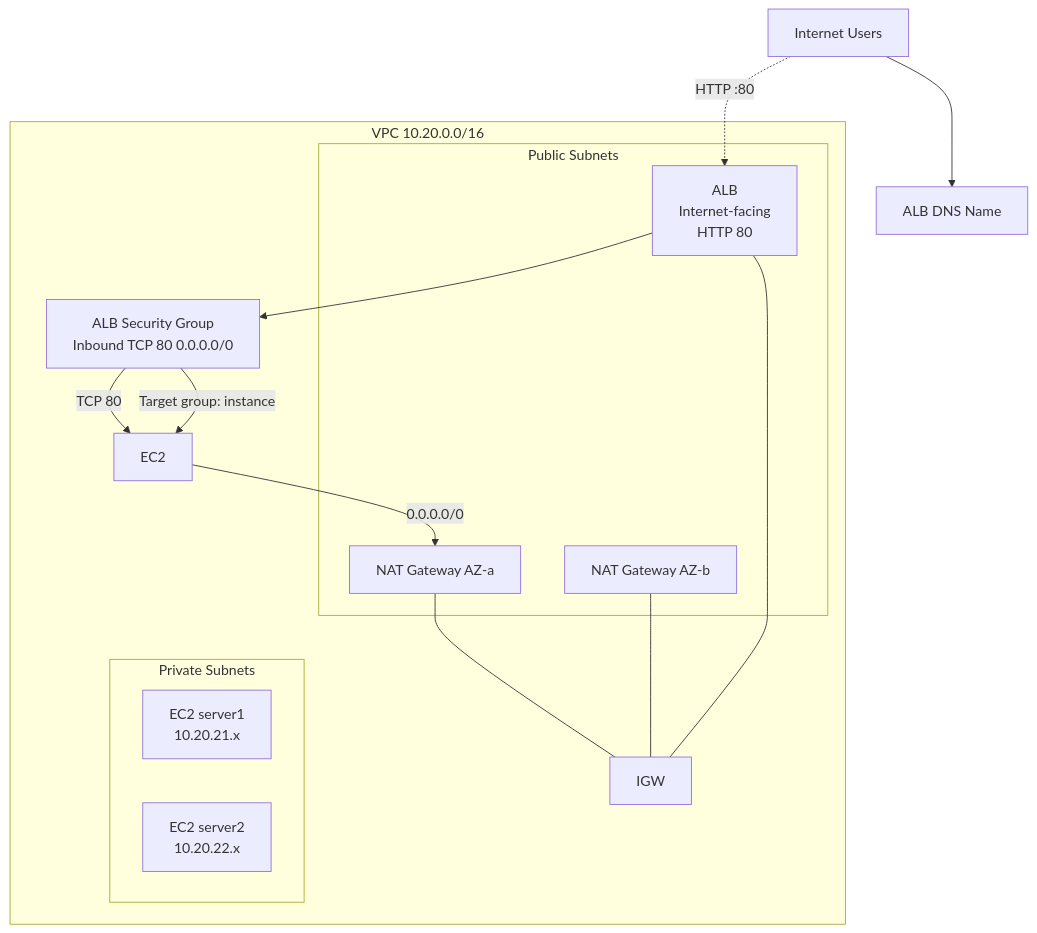
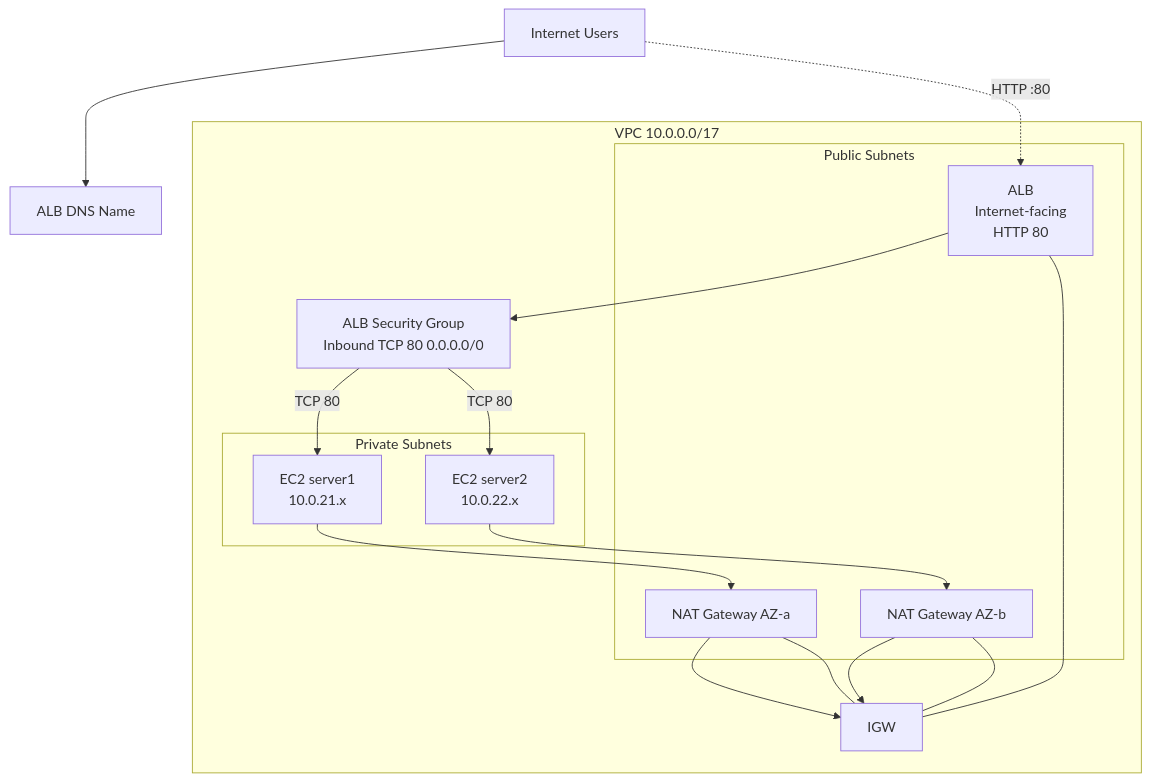
Before and after one commit to arjun0451/aws-tfm: the diagram in terraform/README.md, drawn with Mermaid. The commit also changed other lines of this file and 3 other files, not shown here.

Commit message:
Add architecture and changelog docs; commit dependency lockfile; restore full README

````diff
--- a/terraform/README.md
+++ b/terraform/README.md
@@ -60,32 +62,35 @@
 ```mermaid
 flowchart TD
     User[Internet Users]
     ALB_DNS[ALB DNS Name]
     User --> ALB_DNS
     User -. HTTP :80 .-> ALB{{Application<br/>Load Balancer<br/>ap-southeast-1}}
     ALB --> ALBSG[ALB Security Group<br/>Inbound TCP 80 0.0.0.0/0]
 
-    subgraph VPC[VPC 10.20.0.0/16]
+    subgraph VPC[VPC 10.0.0.0/17]
         subgraph PublicSubnets[Public Subnets]
             NATGW1[NAT Gateway AZ-a]
             NATGW2[NAT Gateway AZ-b]
             ALB[ALB<br/>Internet-facing<br/>HTTP 80]
         end
 
         subgraph PrivateSubnets[Private Subnets]
-            EC2A[EC2 server1<br/>10.20.21.x]
-            EC2B[EC2 server2<br/>10.20.22.x]
+            EC21[EC2 server1<br/>10.0.21.x]
+            EC22[EC2 server2<br/>10.0.22.x]
         end
 
         IGW[IGW]
 
-        ALBSG --"TCP 80"--> EC2
+        ALBSG --"TCP 80"--> EC21
+        ALBSG --"TCP 80"--> EC22
 
-        EC2 -->|0.0.0.0/0| NATGW1
-        NATGW1 --- IGW
-        NATGW2 --- IGW
+        EC21 --> NATGW1
+        EC22 --> NATGW2
+        NATGW1 --> IGW
+        NATGW2 --> IGW
     end
 
     ALB --- IGW
-    ALBSG --"Target group: instance"--> EC2
+    NATGW1 --- IGW
+    NATGW2 --- IGW
 ```
````
